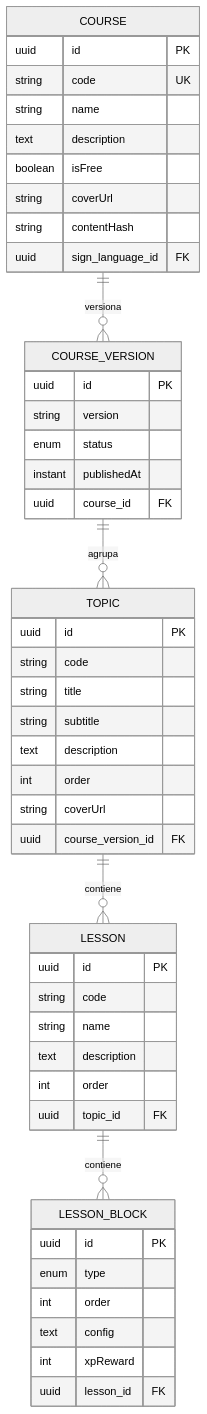
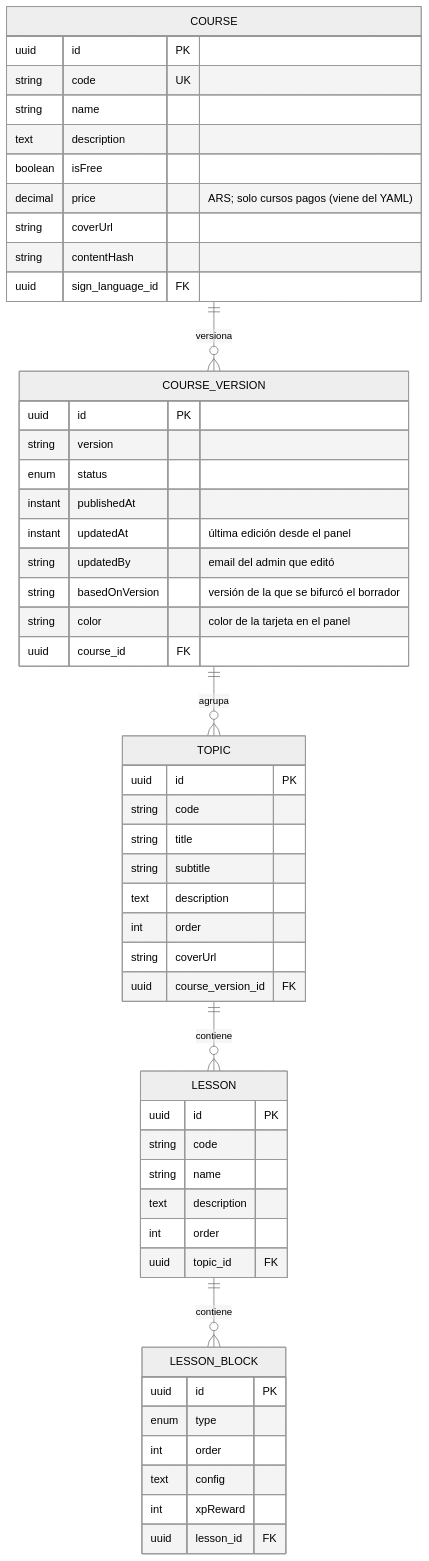
The third of 10 diagrams in docs/diagrams/er.md (signasource/signa-api), drawn with Mermaid (neutral theme) before and after one commit. The commit also changed other lines of this file and 4 other files, not shown here.

First line of the commit message:
docs: sync CLAUDE.md, README and diagrams with the current code

````diff
--- a/docs/diagrams/er.md
+++ b/docs/diagrams/er.md
@@ -123,51 +160,56 @@
 ```mermaid
 erDiagram
     COURSE ||--o{ COURSE_VERSION : versiona
     COURSE_VERSION ||--o{ TOPIC : agrupa
     TOPIC ||--o{ LESSON : contiene
     LESSON ||--o{ LESSON_BLOCK : contiene
 
     COURSE {
         uuid id PK
         string code UK
         string name
         text description
         boolean isFree
+        decimal price "ARS; solo cursos pagos (viene del YAML)"
         string coverUrl
         string contentHash
         uuid sign_language_id FK
     }
     COURSE_VERSION {
         uuid id PK
         string version
         enum status
         instant publishedAt
+        instant updatedAt "última edición desde el panel"
+        string updatedBy "email del admin que editó"
+        string basedOnVersion "versión de la que se bifurcó el borrador"
+        string color "color de la tarjeta en el panel"
         uuid course_id FK
     }
     TOPIC {
         uuid id PK
         string code
         string title
         string subtitle
         text description
         int order
         string coverUrl
         uuid course_version_id FK
     }
     LESSON {
         uuid id PK
         string code
         string name
         text description
         int order
         uuid topic_id FK
     }
     LESSON_BLOCK {
         uuid id PK
         enum type
         int order
         text config
         int xpReward
         uuid lesson_id FK
     }
 ```
````
